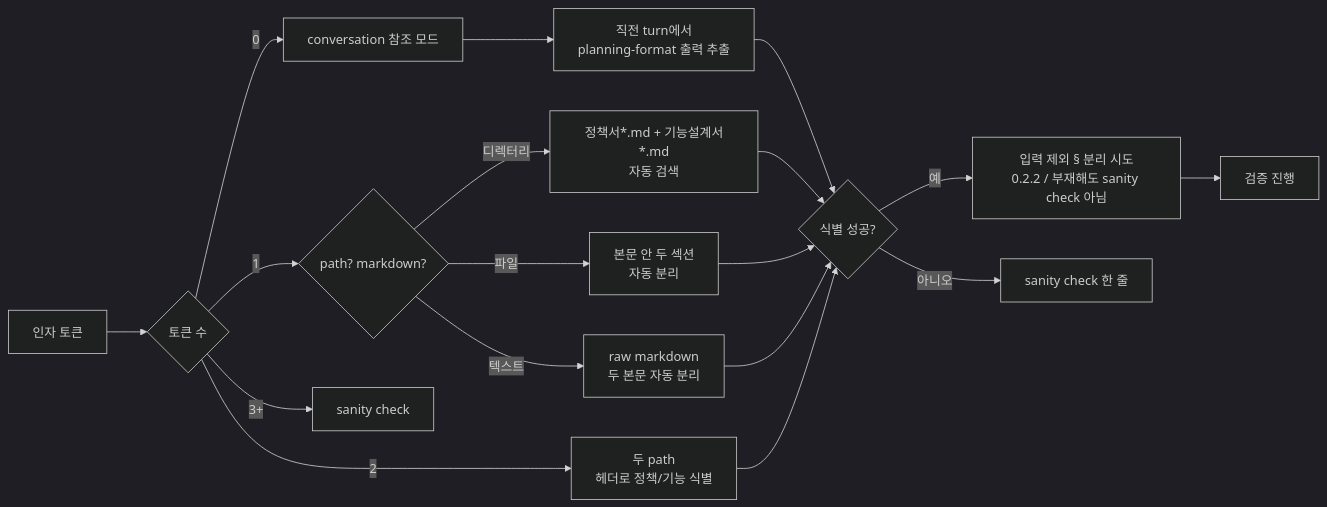
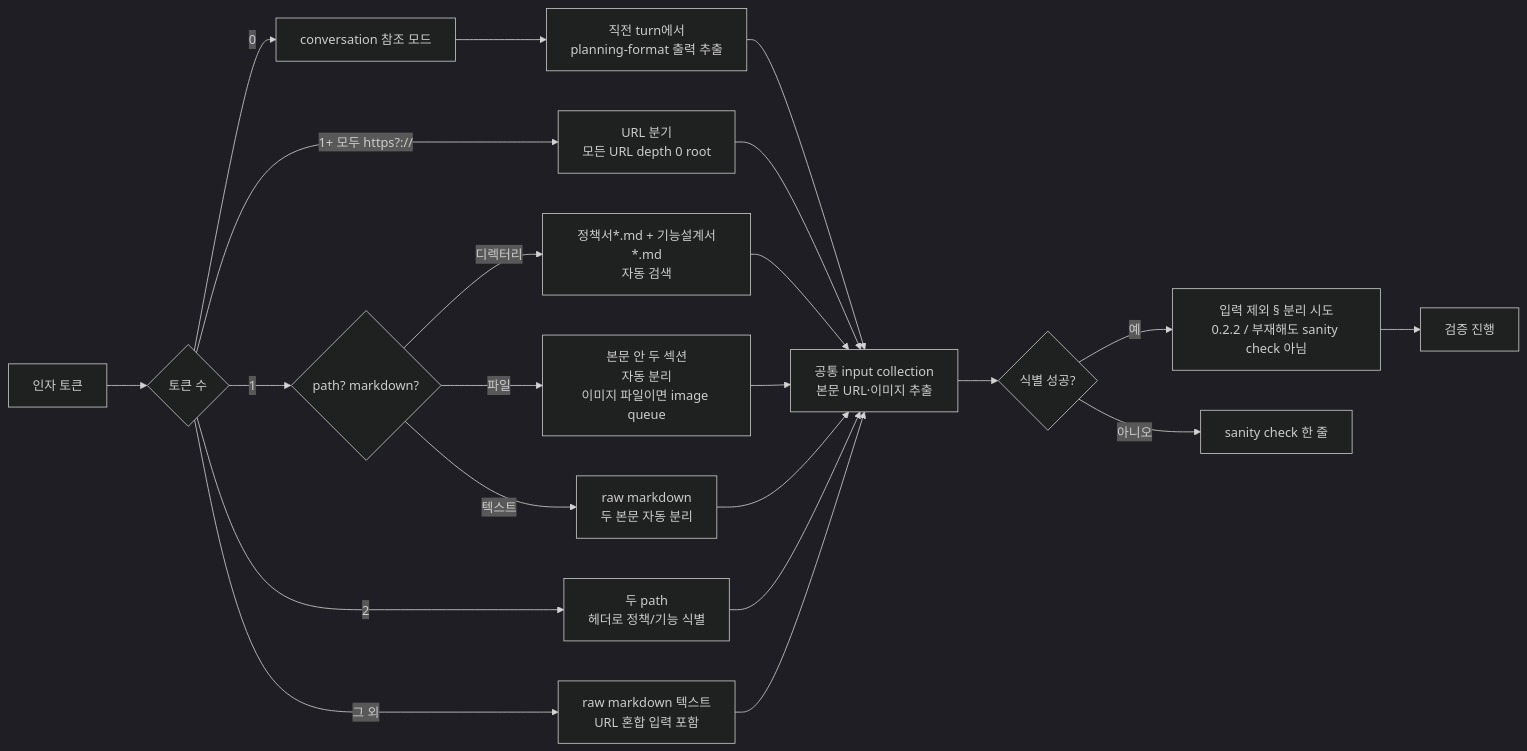
Before and after one commit to inkwonjung-colosseum/plugins: the second of 8 diagrams in planning-kit/docs/planning-review-workflow.md, drawn with Mermaid (dark theme). The commit also changed other lines of this file and 15 other files, not shown here.

````diff
--- a/planning-kit/docs/planning-review-workflow.md
+++ b/planning-kit/docs/planning-review-workflow.md
@@ -49,22 +53,26 @@
 ```mermaid
 flowchart LR
   IN[인자 토큰] --> N{토큰 수}
   N -->|0| CV[conversation 참조 모드]
+  N -->|1+ 모두 https?://| URL[URL 분기<br/>모든 URL depth 0 root]
   N -->|1| ONE{path? markdown?}
   N -->|2| TWO[두 path<br/>헤더로 정책/기능 식별]
-  N -->|3+| FAIL[sanity check]
+  N -->|그 외| TXT2[raw markdown 텍스트<br/>URL 혼합 입력 포함]
 
   ONE -->|디렉터리| DIR[정책서*.md + 기능설계서*.md<br/>자동 검색]
-  ONE -->|파일| FILE[본문 안 두 섹션<br/>자동 분리]
+  ONE -->|파일| FILE[본문 안 두 섹션<br/>자동 분리<br/>이미지 파일이면 image queue]
   ONE -->|텍스트| TXT[raw markdown<br/>두 본문 자동 분리]
 
   CV --> CHK[직전 turn에서<br/>planning-format 출력 추출]
-  CHK --> EX{식별 성공?}
-  DIR --> EX
-  FILE --> EX
-  TXT --> EX
-  TWO --> EX
+  CHK --> IC[공통 input collection<br/>본문 URL·이미지 추출]
+  URL --> IC
+  DIR --> IC
+  FILE --> IC
+  TXT --> IC
+  TWO --> IC
+  TXT2 --> IC
+  IC --> EX{식별 성공?}
   EX -->|예| EXC[입력 제외 § 분리 시도<br/>0.2.2 / 부재해도 sanity check 아님]
   EXC --> OK[검증 진행]
   EX -->|아니오| SK[sanity check 한 줄]
 ```
````
